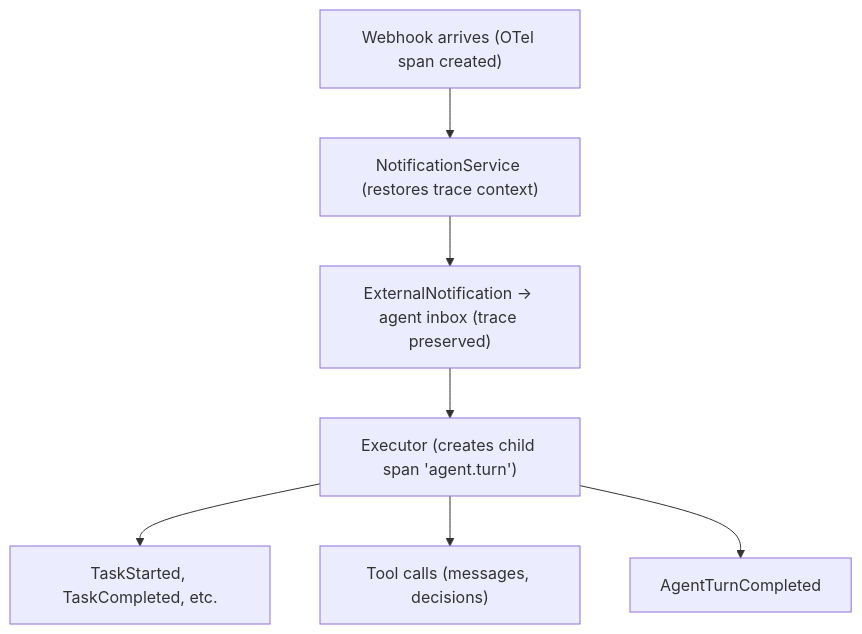
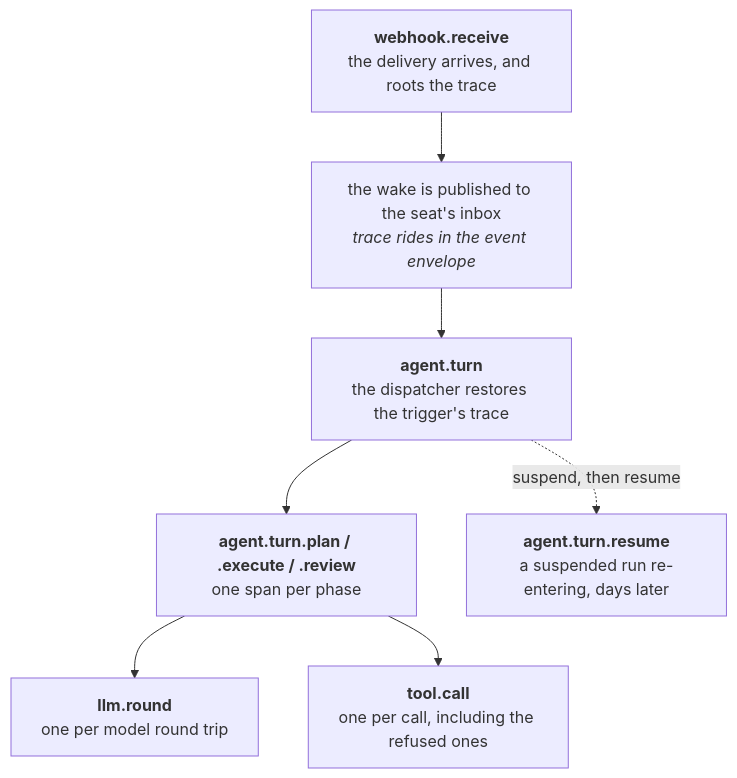
One commit to crewlet/crewlet changed the diagram in docs/guides/deployment.md. Above: the diagram before and after it, drawn with Mermaid. The commit also changed other lines of this file and 8 other files, not shown here.

````diff
--- a/docs/guides/deployment.md
+++ b/docs/guides/deployment.md
@@ -463,14 +463,14 @@
 ```mermaid
 flowchart TD
-    A["Webhook arrives (OTel span created)"]
-    B["NotificationService (restores trace context)"]
-    C["ExternalNotification → agent inbox (trace preserved)"]
-    D["Executor (creates child span 'agent.turn')"]
-    E["TaskStarted, TaskCompleted, etc."]
-    F["Tool calls (messages, decisions)"]
-    G["AgentTurnCompleted"]
+    A["<b>webhook.receive</b><br/>the delivery arrives, and roots the trace"]
+    B["the wake is published to the seat's inbox<br/><i>trace rides in the event envelope</i>"]
+    C["<b>agent.turn</b><br/>the dispatcher restores the trigger's trace"]
+    D["<b>agent.turn.plan / .execute / .review</b><br/>one span per phase"]
+    E["<b>llm.round</b><br/>one per model round trip"]
+    F["<b>tool.call</b><br/>one per call, including the refused ones"]
+    G["<b>agent.turn.resume</b><br/>a suspended run re-entering, days later"]
     A --> B --> C --> D
     D --> E
     D --> F
-    D --> G
+    C -.->|"suspend, then resume"| G
 ```
````
